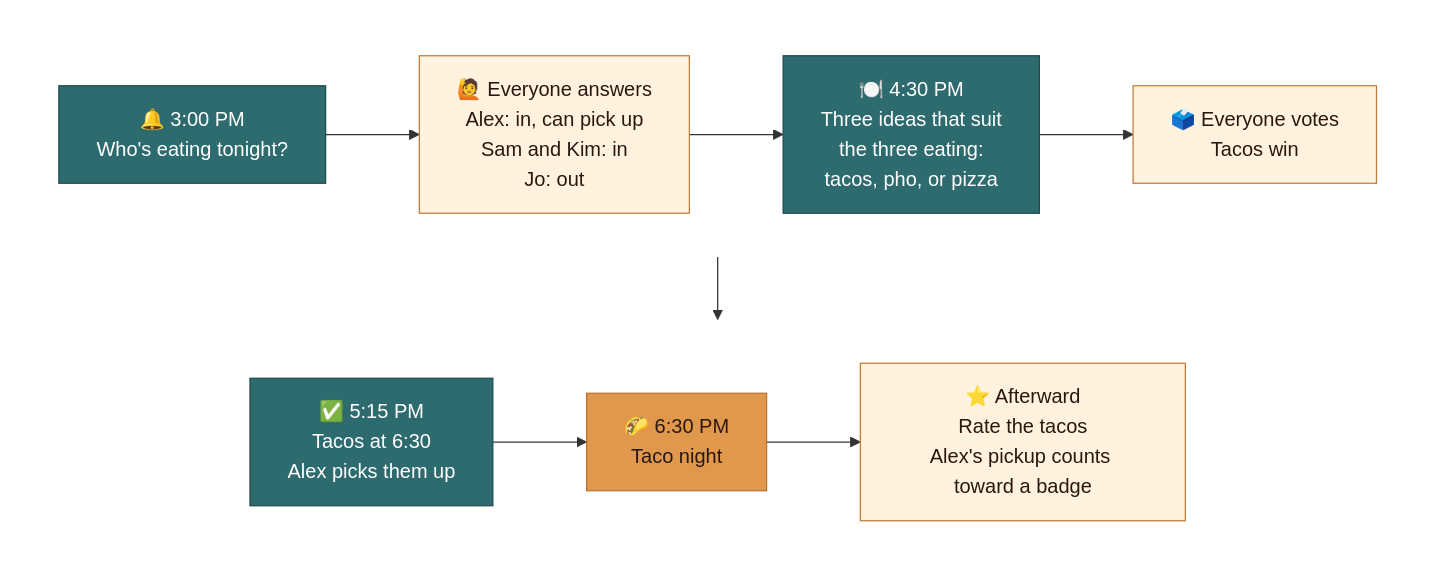
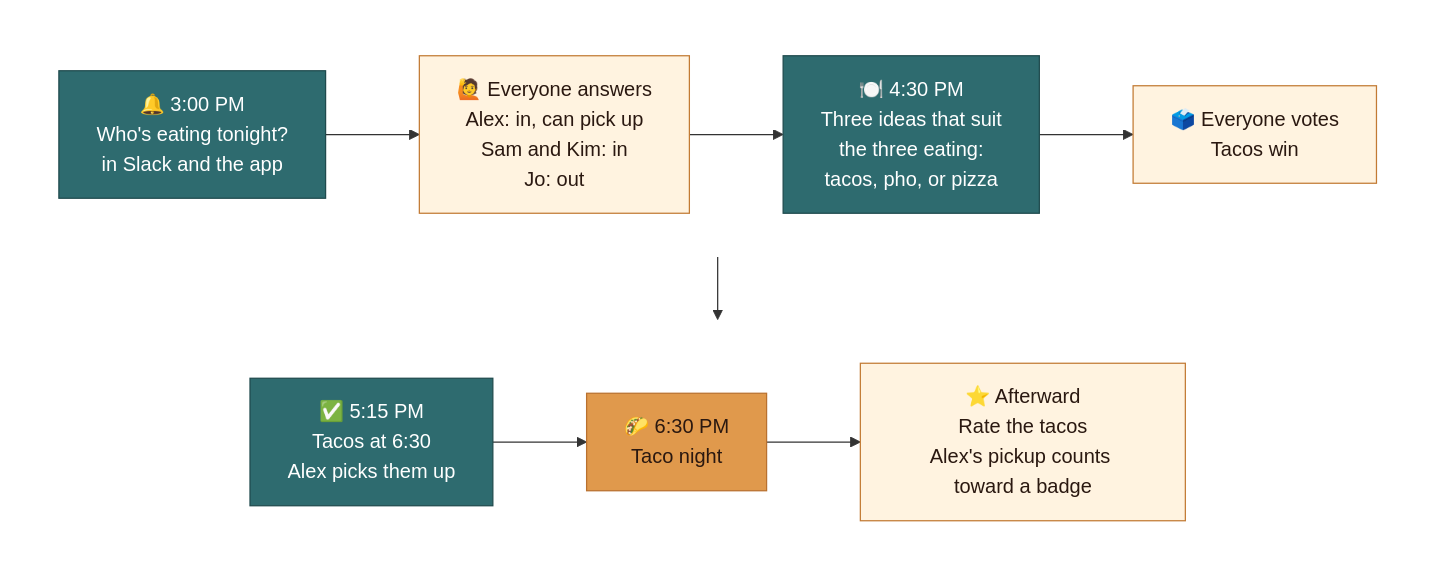
One commit to dsmorgan/dinnerbell changed the first of 2 diagrams in README.md. Above: the diagram before and after it, drawn with Mermaid. The commit also changed other lines of this file and 12 other files, not shown here.

````diff
--- a/README.md
+++ b/README.md
@@ -15,29 +17,29 @@
 ```mermaid
 flowchart TB
-    ask["🔔 3:00 PM<br/>Who's eating tonight?"]
+    ask["🔔 3:00 PM<br/>Who's eating tonight?<br/>in Slack and the app"]
     answer["🙋 Everyone answers<br/>Alex: in, can pick up<br/>Sam and Kim: in<br/>Jo: out"]
     suggest["🍽️ 4:30 PM<br/>Three ideas that suit<br/>the three eating:<br/>tacos, pho, or pizza"]
     vote["🗳️ Everyone votes<br/>Tacos win"]
     decide["✅ 5:15 PM<br/>Tacos at 6:30<br/>Alex picks them up"]
     eat["🌮 6:30 PM<br/>Taco night"]
     after["⭐ Afterward<br/>Rate the tacos<br/>Alex's pickup counts toward a badge"]
 
     subgraph row1[" "]
         direction LR
         ask --> answer --> suggest --> vote
     end
     subgraph row2[" "]
         direction LR
         decide --> eat --> after
     end
     row1 --> row2
 
     classDef bell fill:#2E6B6F,stroke:#1F4A4D,color:#FFFFFF
     classDef family fill:#FFF3E0,stroke:#C27A34,color:#2A1810
     classDef meal fill:#E0994C,stroke:#B9712F,color:#2A1810
     class ask,suggest,decide bell
     class answer,vote,after family
     class eat meal
     style row1 fill:none,stroke:none
     style row2 fill:none,stroke:none
 ```
````
